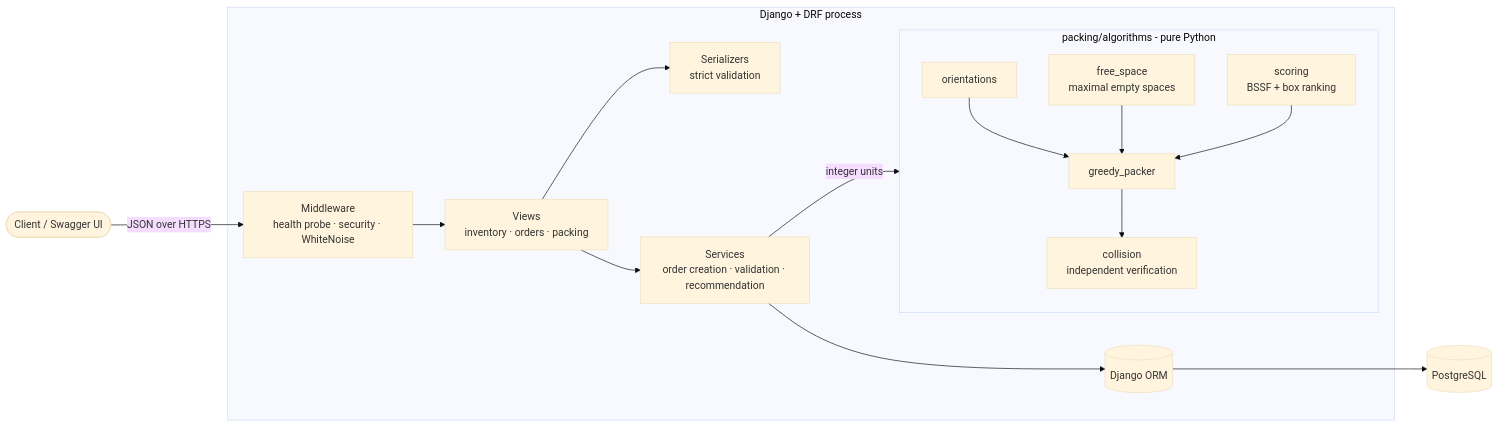
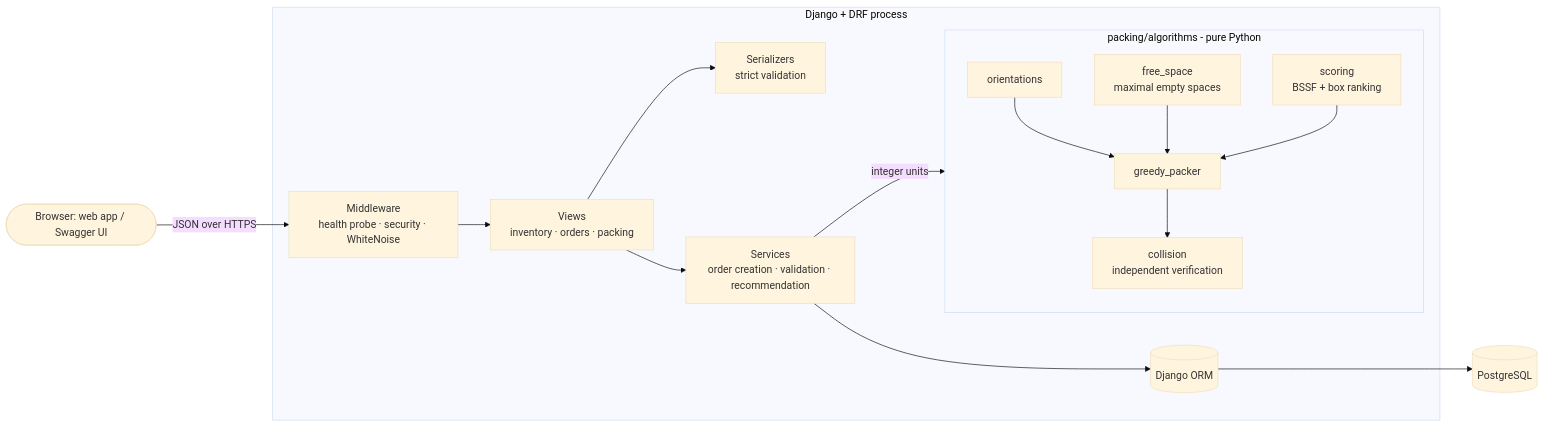
The first of 4 diagrams in README.md (SanjayMarathi/PackWise), drawn with Mermaid (base theme) before and after one commit. The commit also changed other lines of this file and 36 other files, not shown here.

````diff
--- a/README.md
+++ b/README.md
@@ -77,20 +107,20 @@
 ```mermaid
 flowchart LR
-    client([Client / Swagger UI]) -->|JSON over HTTPS| mw
+    client([Browser: web app / Swagger UI]) -->|JSON over HTTPS| mw
 
     subgraph django[Django + DRF process]
         mw[Middleware<br/>health probe · security · WhiteNoise] --> views
         views[Views<br/>inventory · orders · packing] --> serializers[Serializers<br/>strict validation]
         views --> services[Services<br/>order creation · validation · recommendation]
         services --> orm[(Django ORM)]
         services -->|integer units| engine
         subgraph engine[packing/algorithms - pure Python]
             direction TB
             orient[orientations] --> packer[greedy_packer]
             free[free_space<br/>maximal empty spaces] --> packer
             score[scoring<br/>BSSF + box ranking] --> packer
             packer --> collision[collision<br/>independent verification]
         end
     end
     orm --> pg[(PostgreSQL)]
 ```
````
